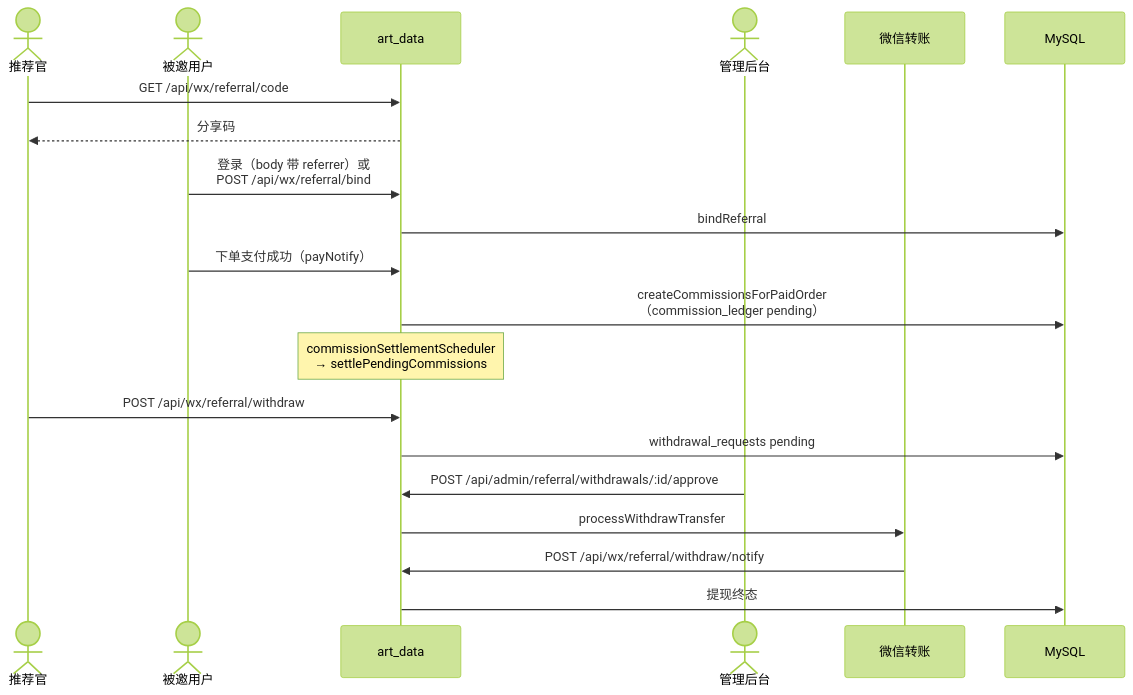
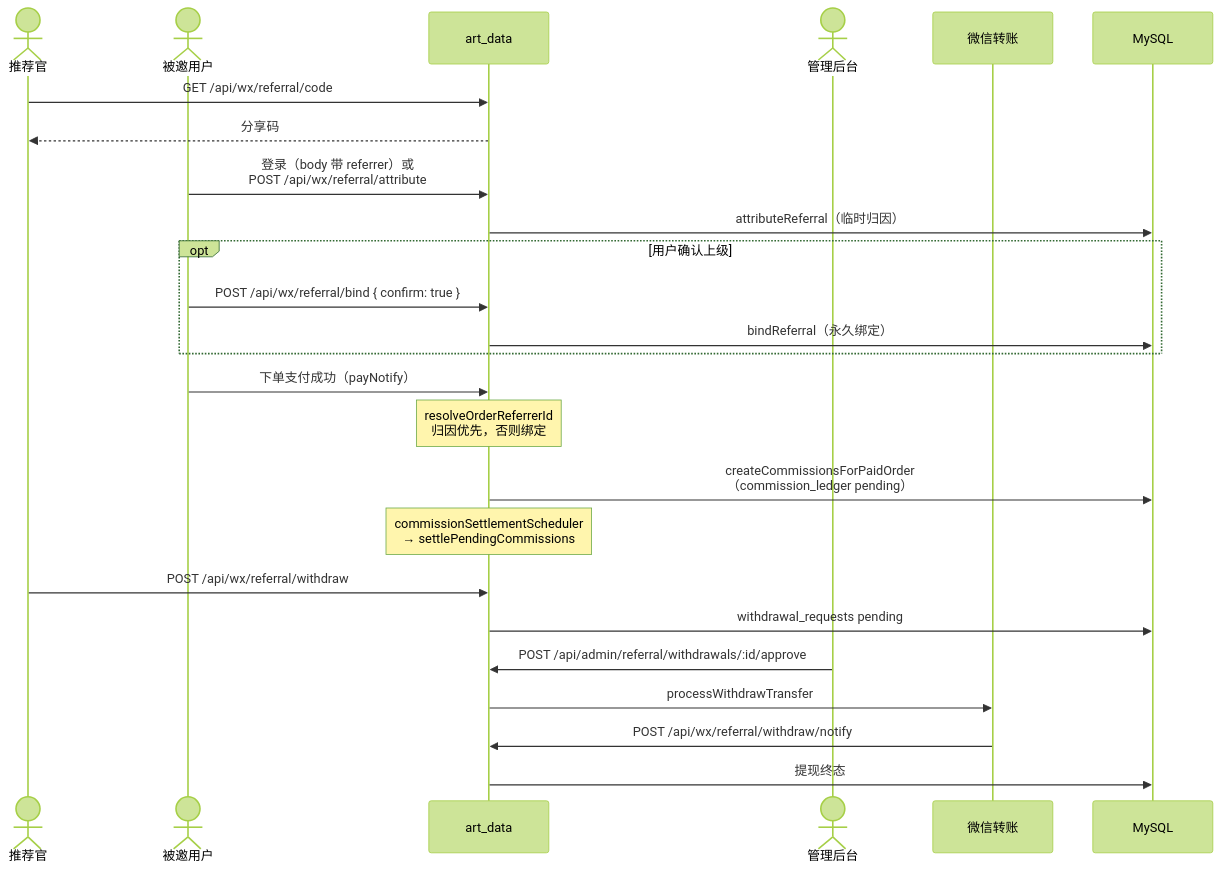
One commit to bei123/art_data changed the sixth of 8 diagrams in docs/SEQUENCES.md. Above: the diagram before and after it, drawn with Mermaid (forest theme). The commit also changed other lines of this file and 13 other files, not shown here.

````diff
--- a/docs/SEQUENCES.md
+++ b/docs/SEQUENCES.md
@@ -171,25 +171,30 @@
 ```mermaid
 sequenceDiagram
   actor R as 推荐官
   actor N as 被邀用户
   participant API as art_data
   actor ADM as 管理后台
   participant WX as 微信转账
   participant DB as MySQL
 
   R->>API: GET /api/wx/referral/code
   API-->>R: 分享码
-  N->>API: 登录（body 带 referrer）或<br/>POST /api/wx/referral/bind
-  API->>DB: bindReferral
+  N->>API: 登录（body 带 referrer）或<br/>POST /api/wx/referral/attribute
+  API->>DB: attributeReferral（临时归因）
+  opt 用户确认上级
+    N->>API: POST /api/wx/referral/bind { confirm: true }
+    API->>DB: bindReferral（永久绑定）
+  end
 
   N->>API: 下单支付成功（payNotify）
+  Note over API: resolveOrderReferrerId<br/>归因优先，否则绑定
   API->>DB: createCommissionsForPaidOrder<br/>（commission_ledger pending）
   Note over API: commissionSettlementScheduler<br/>→ settlePendingCommissions
 
   R->>API: POST /api/wx/referral/withdraw
   API->>DB: withdrawal_requests pending
   ADM->>API: POST /api/admin/referral/withdrawals/:id/approve
   API->>WX: processWithdrawTransfer
   WX->>API: POST /api/wx/referral/withdraw/notify
   API->>DB: 提现终态
 ```
````
